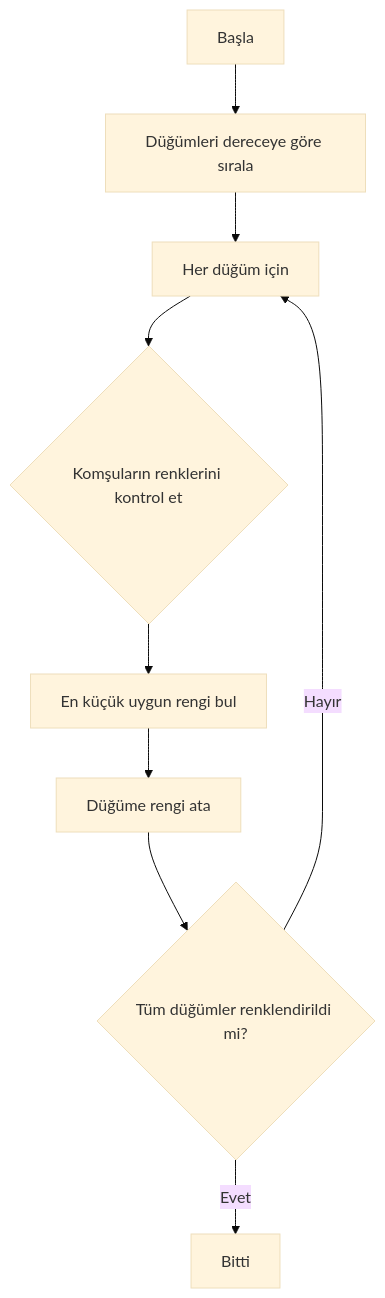
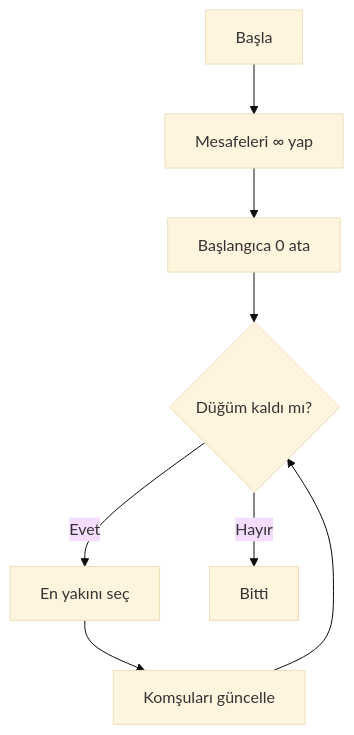
Before and after one commit to EmirKaraman24/LabProje-II: the third of 4 diagrams in README.md, drawn with Mermaid (base theme). The commit also changed other lines of this file and 6 other files, not shown here.

````diff
--- a/README.md
+++ b/README.md
@@ -163,11 +200,10 @@
 ```mermaid
 flowchart TD
-    A[Başla] --> B[Düğümleri dereceye göre sırala]
-    B --> C[Her düğüm için]
-    C --> D{Komşuların renklerini kontrol et}
-    D --> E[En küçük uygun rengi bul]
-    E --> F[Düğüme rengi ata]
-    F --> G{Tüm düğümler renklendirildi mi?}
-    G -->|Hayır| C
-    G -->|Evet| H[Bitti]
+    A[Başla] --> B[Mesafeleri ∞ yap]
+    B --> C[Başlangıca 0 ata]
+    C --> D{Düğüm kaldı mı?}
+    D -->|Evet| E[En yakını seç]
+    E --> F[Komşuları güncelle]
+    F --> D
+    D -->|Hayır| G[Bitti]
 ```
````
